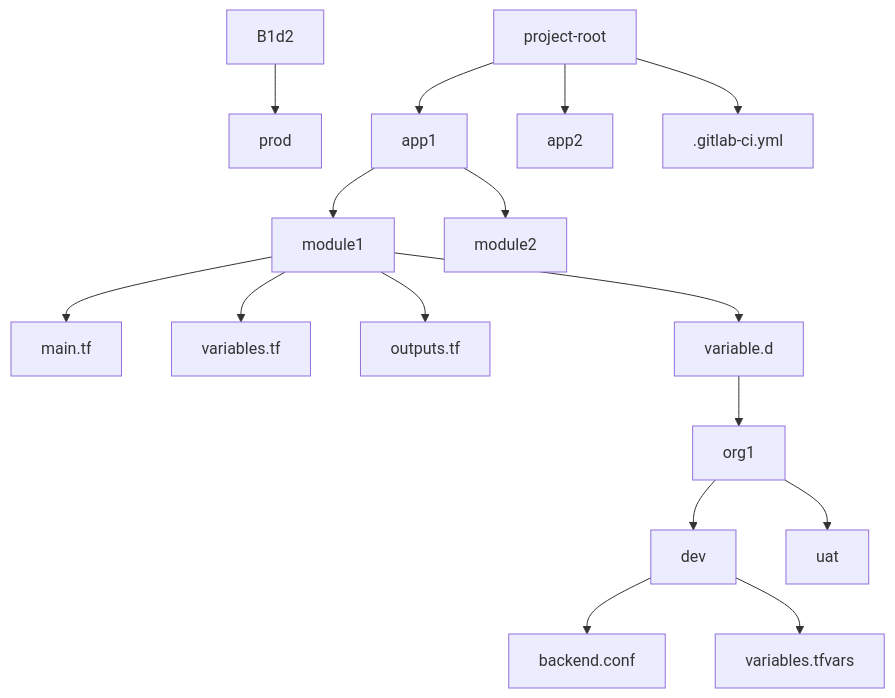
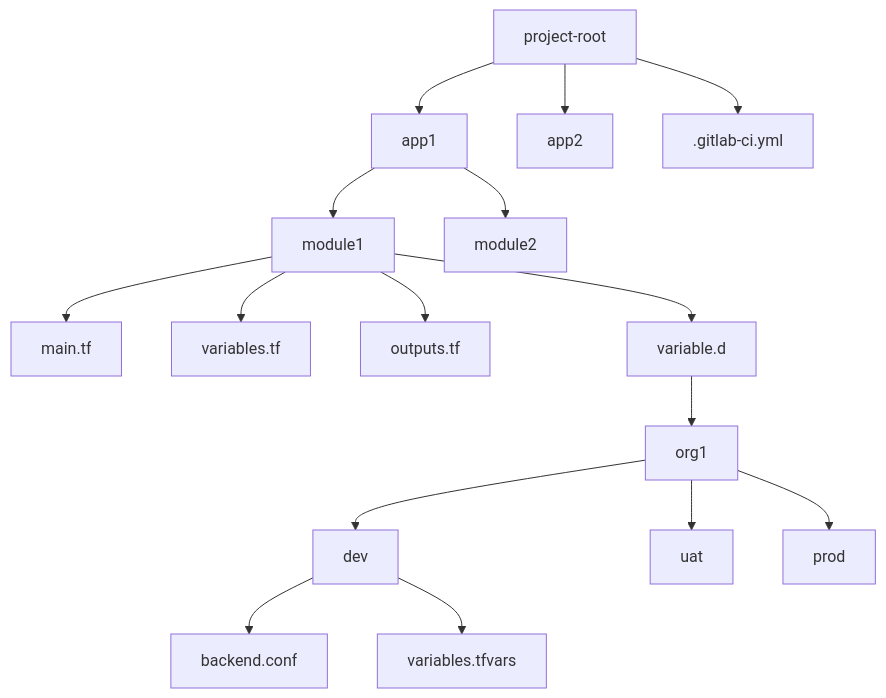
One commit to starixvn/iac_core-ci changed the diagram in README.md. Above: the diagram before and after it, drawn with Mermaid.

````diff
--- a/README.md
+++ b/README.md
@@ -32,18 +32,18 @@
 ```mermaid
 graph TD
   A[project-root] --> B[app1]
   B --> B1[module1]
   B1 --> B1a[main.tf]
   B1 --> B1b[variables.tf]
   B1 --> B1c[outputs.tf]
   B1 --> B1d[variable.d]
   B1d --> B1d1[org1]
   B1d1 --> B1d1a[dev]
   B1d1a --> B1d1a1[backend.conf]
   B1d1a --> B1d1a2[variables.tfvars]
   B1d1 --> B1d1b[uat]
-  B1d2 --> B1d2a[prod]
+  B1d1 --> B1d2a[prod]
   B --> B2[module2]
   A --> C[app2]
   A --> D[.gitlab-ci.yml]
 ```
````
